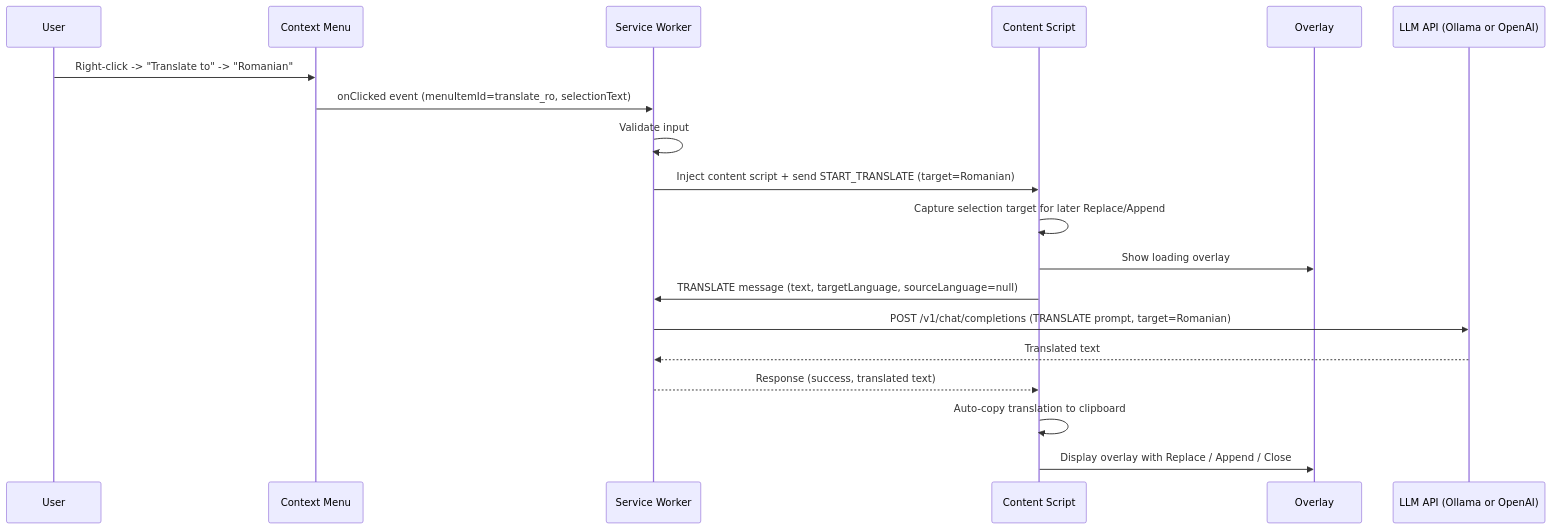
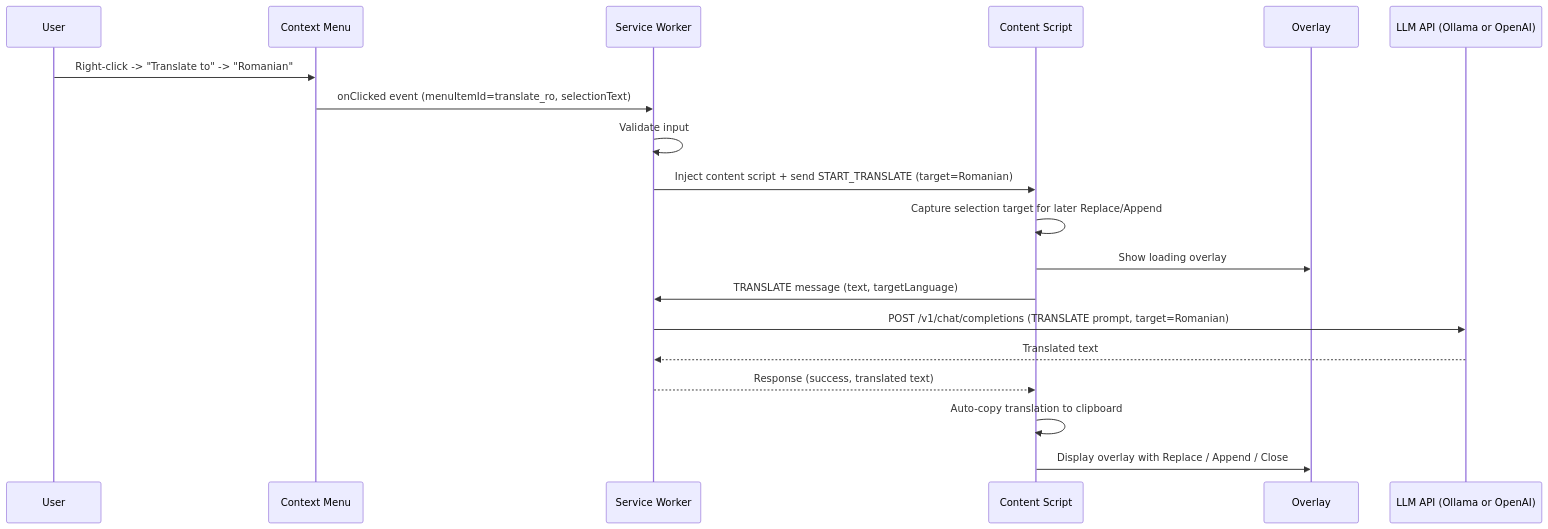
One commit to lucianhanga/chrome.extension.ai.correct.translate.reformulate changed the third of 7 diagrams in docs/architecture.md. Above: the diagram before and after it, drawn with Mermaid. The commit also changed other lines of this file and 19 other files, not shown here.

First line of the commit message:
refactor(translate): remove the source-language override

````diff
--- a/docs/architecture.md
+++ b/docs/architecture.md
@@ -476,22 +476,22 @@
 ```mermaid
 sequenceDiagram
     participant User
     participant CM as Context Menu
     participant SW as Service Worker
     participant CS as Content Script
     participant OV as Overlay
     participant LLM as LLM API (Ollama or OpenAI)
 
     User->>CM: Right-click -> "Translate to" -> "Romanian"
     CM->>SW: onClicked event (menuItemId=translate_ro, selectionText)
     SW->>SW: Validate input
     SW->>CS: Inject content script + send START_TRANSLATE (target=Romanian)
     CS->>CS: Capture selection target for later Replace/Append
     CS->>OV: Show loading overlay
-    CS->>SW: TRANSLATE message (text, targetLanguage, sourceLanguage=null)
+    CS->>SW: TRANSLATE message (text, targetLanguage)
     SW->>LLM: POST /v1/chat/completions (TRANSLATE prompt, target=Romanian)
     LLM-->>SW: Translated text
     SW-->>CS: Response (success, translated text)
     CS->>CS: Auto-copy translation to clipboard
     CS->>OV: Display overlay with Replace / Append / Close
 ```
````
